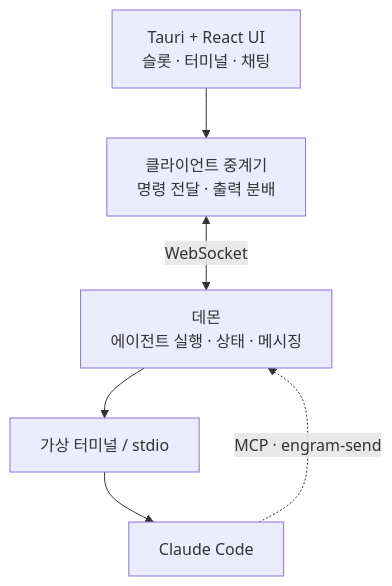
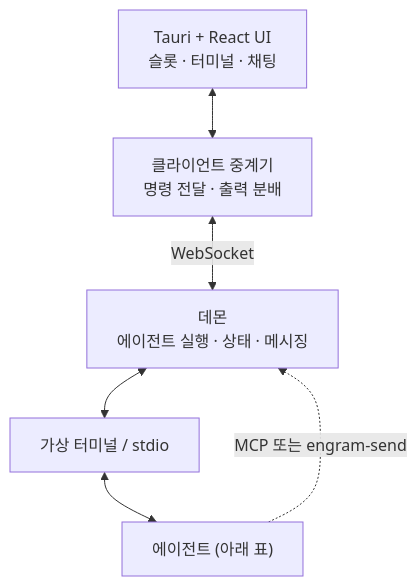
Before and after one commit to kimsunzun/engram-dashboard: the diagram in README.md, drawn with Mermaid. The commit also changed other lines of this file, not shown here.

Commit message:
docs: README 구조도 보완 — 데이터 흐름 양방향 화살표·백엔드 지원 현황 표 분리·메시징 입구 라벨(MCP 또는 engram-send)

````diff
--- a/README.md
+++ b/README.md
@@ -65,14 +65,14 @@
 ```mermaid
 graph TB
     UI["Tauri + React UI<br/>슬롯 · 터미널 · 채팅"]
     Client["클라이언트 중계기<br/>명령 전달 · 출력 분배"]
     Daemon["데몬<br/>에이전트 실행 · 상태 · 메시징"]
     PTY["가상 터미널 / stdio"]
-    Claude["Claude Code"]
+    Agent["에이전트 (아래 표)"]
 
-    UI --> Client
+    UI <--> Client
     Client <-->|WebSocket| Daemon
-    Daemon --> PTY
-    PTY --> Claude
-    Claude -.->|MCP · engram-send| Daemon
+    Daemon <--> PTY
+    PTY <--> Agent
+    Agent -.->|MCP 또는 engram-send| Daemon
 ```
````
